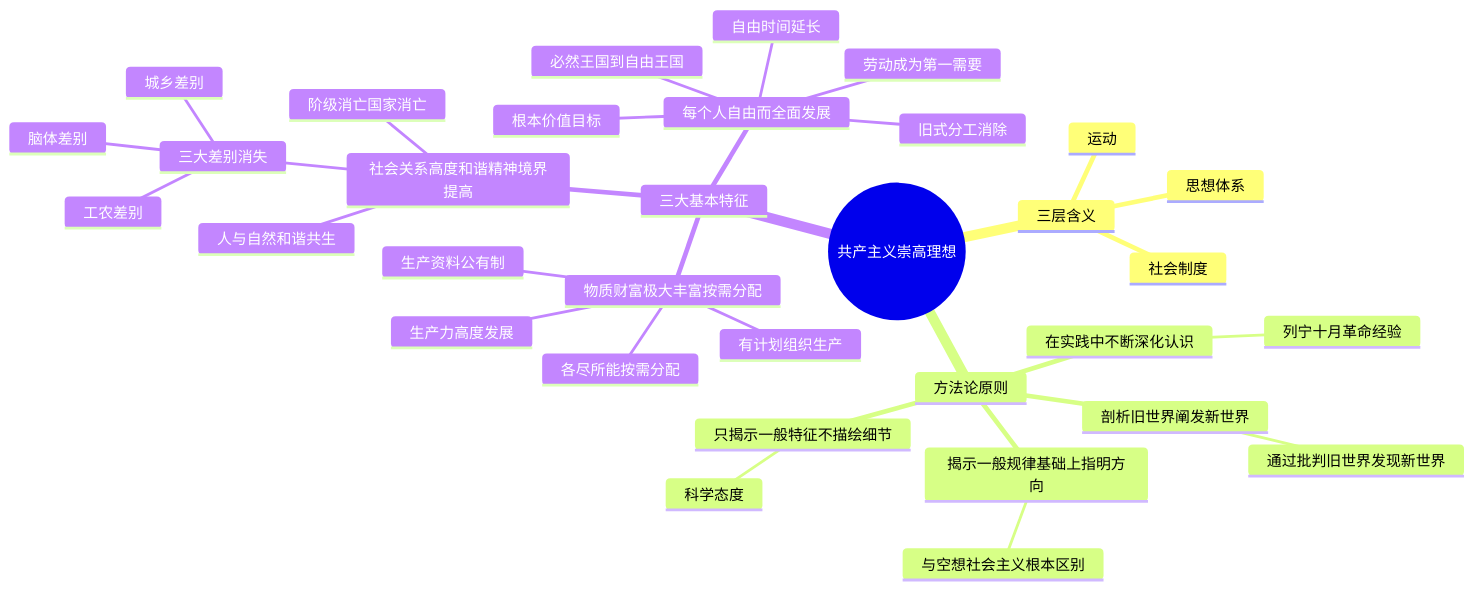
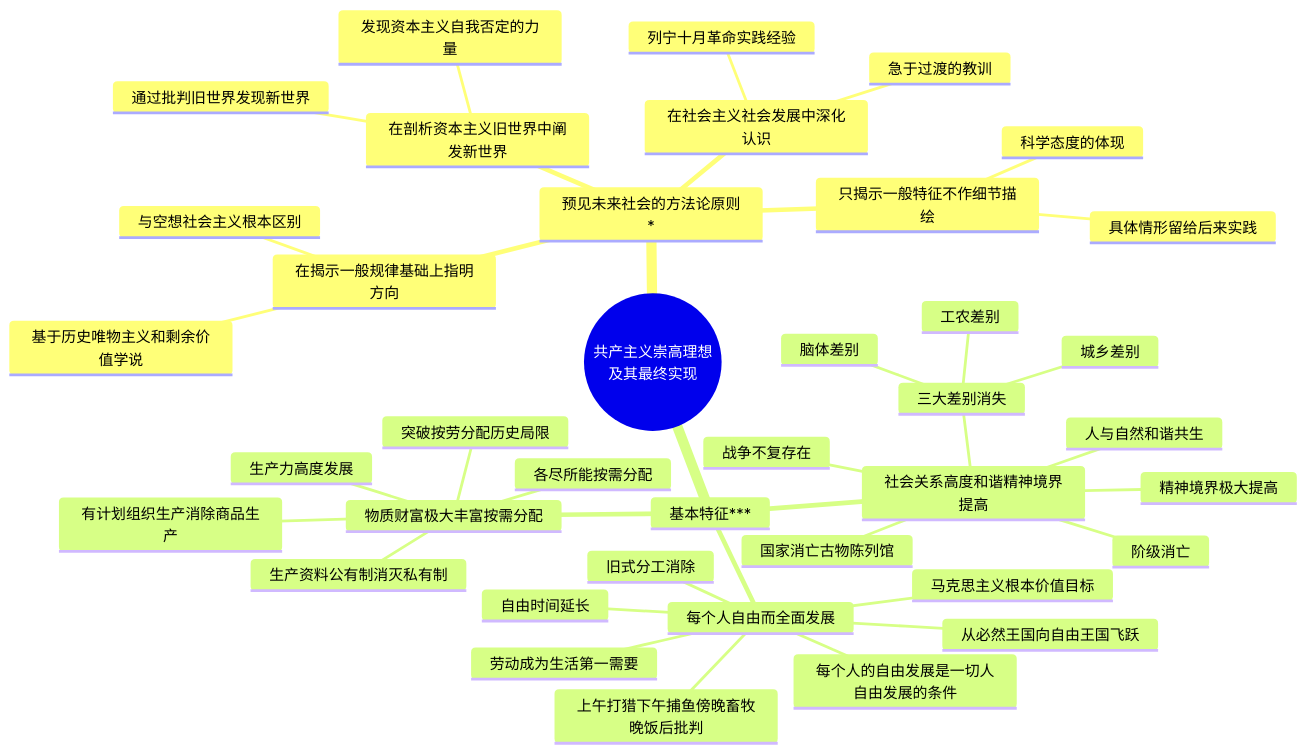
The diagram in Attachments/马克思主义原理/notes/ch7-共产主义理想.md (daoxiang0520/note), drawn with Mermaid before and after one commit. The commit also changed other lines of this file and 11 other files, not shown here.

````diff
--- a/Attachments/马克思主义原理/notes/ch7-共产主义理想.md
+++ b/Attachments/马克思主义原理/notes/ch7-共产主义理想.md
@@ -107,36 +156,42 @@
 ```mermaid
 mindmap
-  root((共产主义崇高理想))
-    三层含义
-      思想体系
-      运动
-      社会制度
-    方法论原则
-      揭示一般规律基础上指明方向
+  root((共产主义崇高理想<br/>及其最终实现))
+    预见未来社会的方法论原则*
+      在揭示一般规律基础上指明方向
         与空想社会主义根本区别
-      剖析旧世界阐发新世界
+        基于历史唯物主义和剩余价值学说
+      在剖析资本主义旧世界中阐发新世界
         通过批判旧世界发现新世界
-      在实践中不断深化认识
-        列宁十月革命经验
-      只揭示一般特征不描绘细节
-        科学态度
-    三大基本特征
+        发现资本主义自我否定的力量
+      在社会主义社会发展中深化认识
+        列宁十月革命实践经验
+        急于过渡的教训
+      只揭示一般特征不作细节描绘
+        具体情形留给后来实践
+        科学态度的体现
+    基本特征***
       物质财富极大丰富按需分配
         生产力高度发展
-        生产资料公有制
-        有计划组织生产
+        生产资料公有制消灭私有制
+        有计划组织生产消除商品生产
         各尽所能按需分配
+        突破按劳分配历史局限
       社会关系高度和谐精神境界提高
-        阶级消亡国家消亡
+        阶级消亡
+        国家消亡古物陈列馆
+        战争不复存在
         三大差别消失
+          工农差别
           城乡差别
-          工农差别
           脑体差别
         人与自然和谐共生
+        精神境界极大提高
       每个人自由而全面发展
-        根本价值目标
+        马克思主义根本价值目标
+        每个人的自由发展是一切人自由发展的条件
         旧式分工消除
         自由时间延长
-        劳动成为第一需要
-        必然王国到自由王国
+        上午打猎下午捕鱼傍晚畜牧晚饭后批判
+        劳动成为生活第一需要
+        从必然王国向自由王国飞跃
 ```
````
